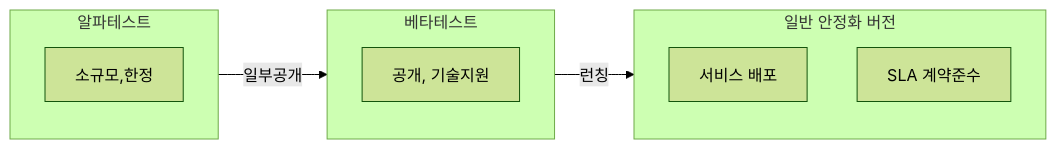
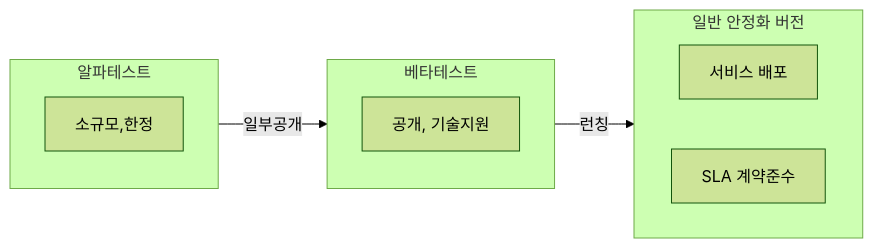
One commit to gracefullight/gracefullight.github.io changed the second of 2 diagrams in blog/pe/sw/acceptance-test.md. Above: the diagram before and after it, drawn with Mermaid (forest theme). The commit also changed other lines of this file and 25 other files, not shown here.

````diff
--- a/blog/pe/sw/acceptance-test.md
+++ b/blog/pe/sw/acceptance-test.md
@@ -40,18 +40,19 @@
 ```mermaid
 graph LR
   subgraph 알파테스트
     소규모,한정
   end
 
   알파테스트 -->|일부공개| 베타테스트
 
   subgraph 베타테스트
     공개지원[공개, 기술지원]
   end
 
   베타테스트 -->|런칭| 일반안정화버전
   subgraph 일반안정화버전[일반 안정화 버전]
+    direction LR
     배포[서비스 배포]
     계약준수[SLA 계약준수]
   end
 ```
````
